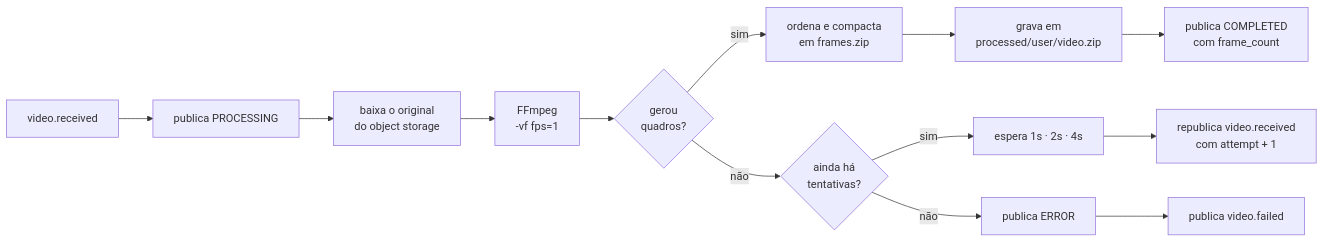
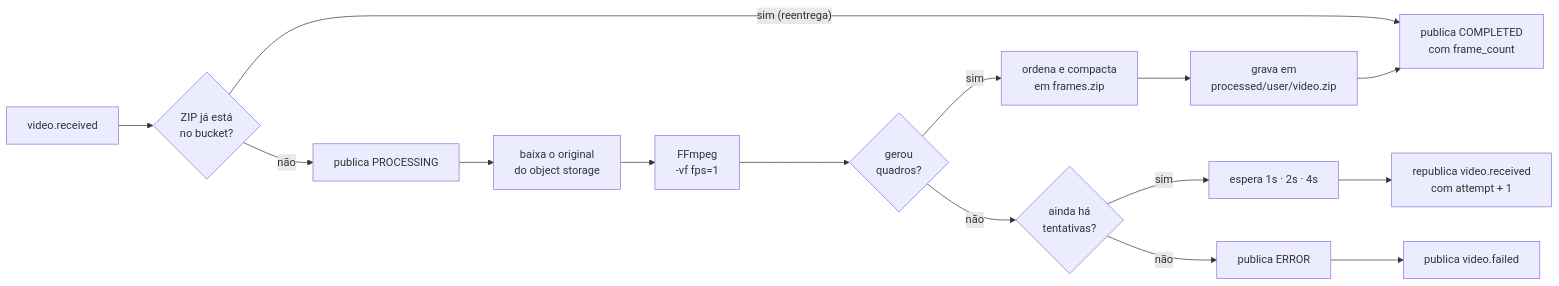
Before and after one commit to rodolfomedeiros/fiapx-video-processor-worker: the second of 2 diagrams in README.md, drawn with Mermaid. The commit also changed other lines of this file and 1 other file, not shown here.

````diff
--- a/README.md
+++ b/README.md
@@ -54,15 +54,17 @@
 ```mermaid
 flowchart LR
-    A["video.received"] --> B["publica PROCESSING"]
+    A["video.received"] --> Z{"ZIP já está<br/>no bucket?"}
+    Z -->|"sim (reentrega)"| H
+    Z -->|não| B["publica PROCESSING"]
     B --> C["baixa o original<br/>do object storage"]
     C --> D["FFmpeg<br/>-vf fps=1"]
     D --> E{"gerou<br/>quadros?"}
     E -->|sim| F["ordena e compacta<br/>em frames.zip"]
     F --> G["grava em<br/>processed/user/video.zip"]
     G --> H["publica COMPLETED<br/>com frame_count"]
     E -->|não| I{"ainda há<br/>tentativas?"}
     I -->|sim| J["espera 1s · 2s · 4s"]
     J --> K["republica video.received<br/>com attempt + 1"]
     I -->|não| L["publica ERROR"]
     L --> M["publica video.failed"]
 ```
````
